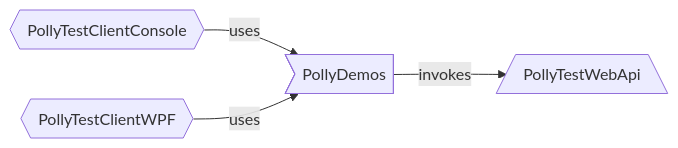
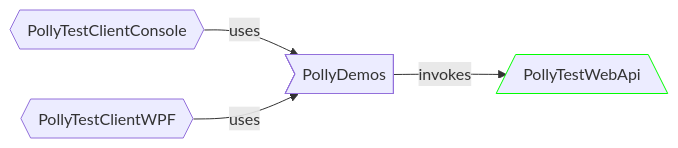
The diagram in PollyTestWebApi/README.md (App-vNext/Polly-Samples), drawn with Mermaid before and after one commit. The commit also changed 1 other file, not shown here.

Commit message:
Add readme.md to PollyTestClientWpf

````diff
--- a/PollyTestWebApi/README.md
+++ b/PollyTestWebApi/README.md
@@ -6,11 +6,12 @@
 ```mermaid
 flowchart LR
     console{{PollyTestClientConsole}}
     wpf{{PollyTestClientWPF}}
     lib>PollyDemos]
     api[/PollyTestWebApi\]
+    style api stroke:#0f0
 
     console -- uses --> lib
     wpf -- uses --> lib
     lib -- invokes --> api
 ```
````
